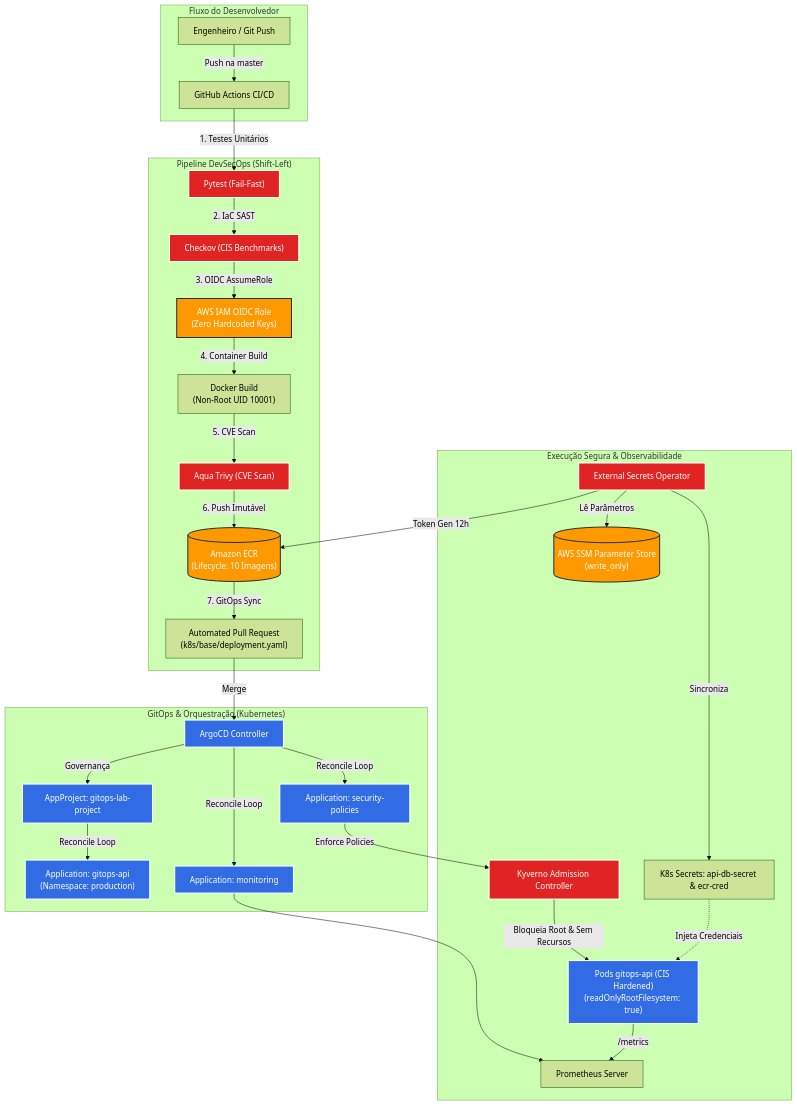
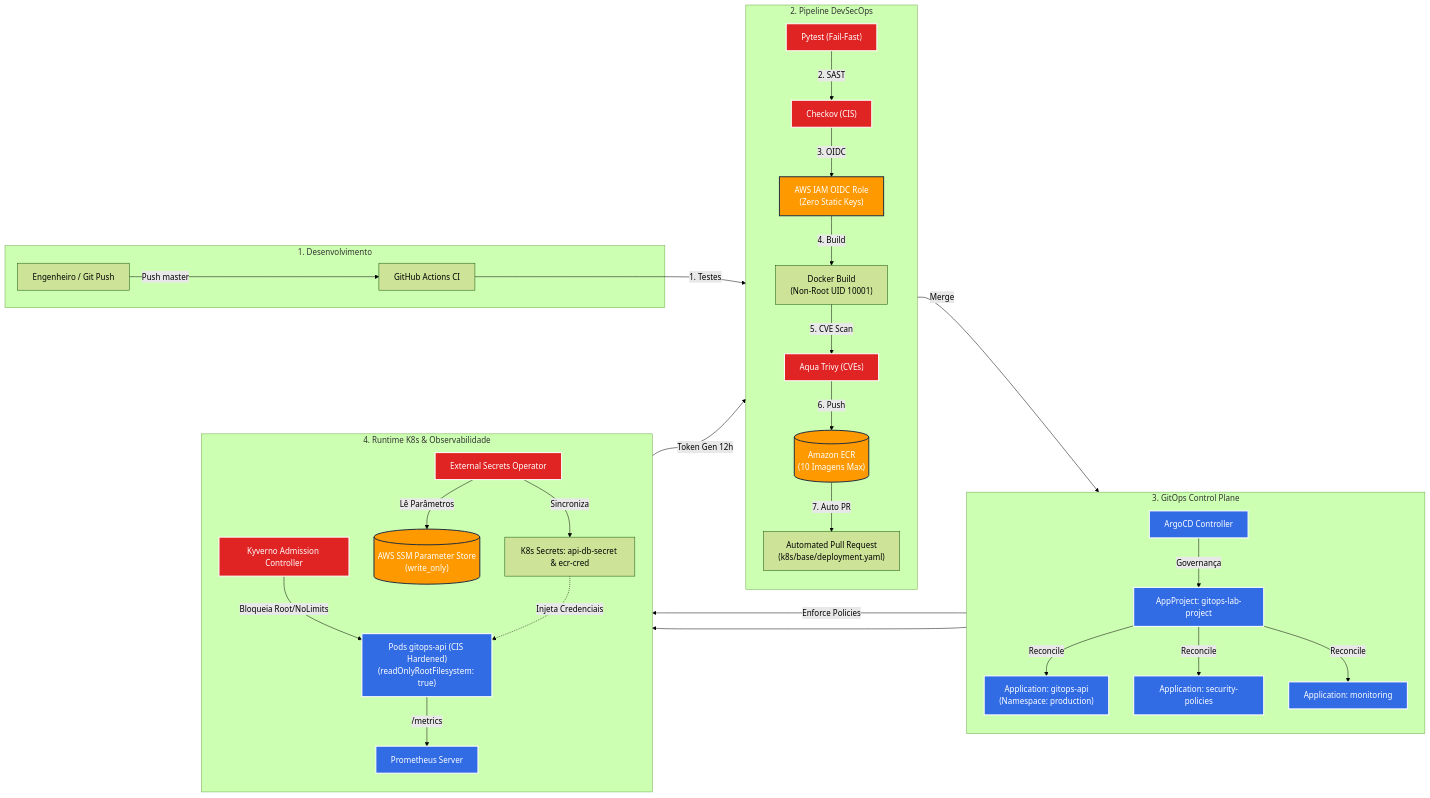
One commit to mdhenriques/gitops-lab changed the diagram in README.md. Above: the diagram before and after it, drawn with Mermaid (forest theme).

Commit message:
docs: optimize architecture diagram to horizontal layout

````diff
--- a/README.md
+++ b/README.md
@@ -17,44 +17,47 @@
 ```mermaid
-flowchart TD
-    subgraph Developer_Workflow["Fluxo do Desenvolvedor"]
-        DEV["Engenheiro / Git Push"] -->|Push na master| GHA["GitHub Actions CI/CD"]
+flowchart LR
+    subgraph S1["1. Desenvolvimento"]
+        DEV["Engenheiro / Git Push"] -->|Push master| GHA["GitHub Actions CI"]
     end
 
-    subgraph CI_Security_Pipeline["Pipeline DevSecOps (Shift-Left)"]
-        GHA -->|1. Testes Unitários| PYTEST["Pytest (Fail-Fast)"]
-        PYTEST -->|2. IaC SAST| CKV["Checkov (CIS Benchmarks)"]
-        CKV -->|3. OIDC AssumeRole| IAM["AWS IAM OIDC Role\n(Zero Hardcoded Keys)"]
-        IAM -->|4. Container Build| DOCKER["Docker Build\n(Non-Root UID 10001)"]
-        DOCKER -->|5. CVE Scan| TRIVY["Aqua Trivy (CVE Scan)"]
-        TRIVY -->|6. Push Imutável| ECR[("Amazon ECR\n(Lifecycle: 10 Imagens)")]
-        ECR -->|7. GitOps Sync| PR["Automated Pull Request\n(k8s/base/deployment.yaml)"]
+    subgraph S2["2. Pipeline DevSecOps"]
+        direction TB
+        GHA -->|1. Testes| PYTEST["Pytest (Fail-Fast)"]
+        PYTEST -->|2. SAST| CKV["Checkov (CIS)"]
+        CKV -->|3. OIDC| IAM["AWS IAM OIDC Role\n(Zero Static Keys)"]
+        IAM -->|4. Build| DOCKER["Docker Build\n(Non-Root UID 10001)"]
+        DOCKER -->|5. CVE Scan| TRIVY["Aqua Trivy (CVEs)"]
+        TRIVY -->|6. Push| ECR[("Amazon ECR\n(10 Imagens Max)")]
+        ECR -->|7. Auto PR| PR["Automated Pull Request\n(k8s/base/deployment.yaml)"]
     end
 
-    subgraph GitOps_Control_Plane["GitOps & Orquestração (Kubernetes)"]
+    subgraph S3["3. GitOps Control Plane"]
+        direction TB
         PR -->|Merge| ARGO["ArgoCD Controller"]
         ARGO -->|Governança| PROJ["AppProject: gitops-lab-project"]
-        PROJ -->|Reconcile Loop| K8S_APP["Application: gitops-api\n(Namespace: production)"]
-        ARGO -->|Reconcile Loop| K8S_POL["Application: security-policies"]
-        ARGO -->|Reconcile Loop| K8S_MON["Application: monitoring"]
+        PROJ -->|Reconcile| K8S_APP["Application: gitops-api\n(Namespace: production)"]
+        PROJ -->|Reconcile| K8S_POL["Application: security-policies"]
+        PROJ -->|Reconcile| K8S_MON["Application: monitoring"]
     end
 
-    subgraph Security_And_Runtime["Execução Segura & Observabilidade"]
+    subgraph S4["4. Runtime K8s & Observabilidade"]
+        direction TB
         K8S_POL -->|Enforce Policies| KYVERNO["Kyverno Admission Controller"]
-        KYVERNO -->|Bloqueia Root & Sem Recursos| PODS["Pods gitops-api (CIS Hardened)\n(readOnlyRootFilesystem: true)"]
+        KYVERNO -->|Bloqueia Root/NoLimits| PODS["Pods gitops-api (CIS Hardened)\n(readOnlyRootFilesystem: true)"]
         
-        ESO["External Secrets Operator"] -->|"Token Gen 12h"| ECR
+        ESO["External Secrets Operator"] -->|Token Gen 12h| ECR
         ESO -->|Lê Parâmetros| SSM[("AWS SSM Parameter Store\n(write_only)")]
         ESO -->|Sincroniza| SECRETS["K8s Secrets: api-db-secret & ecr-cred"]
         SECRETS -.->|Injeta Credenciais| PODS
         
         K8S_MON --> PROM["Prometheus Server"]
         PODS -->|/metrics| PROM
     end
 
     classDef aws fill:#FF9900,stroke:#232F3E,stroke-width:2px,color:#fff;
     classDef k8s fill:#326CE5,stroke:#fff,stroke-width:2px,color:#fff;
     classDef sec fill:#E02424,stroke:#fff,stroke-width:2px,color:#fff;
     class ECR,SSM,IAM aws;
-    class ARGO,PODS,K8S_APP,K8S_POL,K8S_MON,PROJ k8s;
+    class ARGO,PODS,K8S_APP,K8S_POL,K8S_MON,PROJ,PROM k8s;
     class CKV,TRIVY,KYVERNO,ESO,PYTEST sec;
 ```
````
